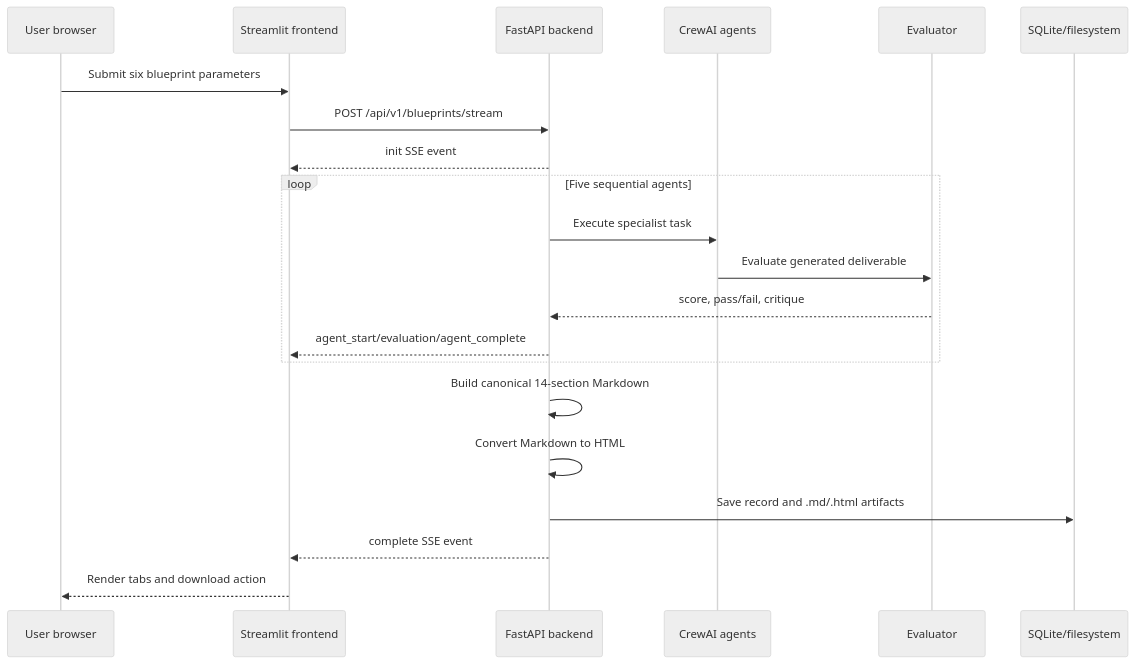
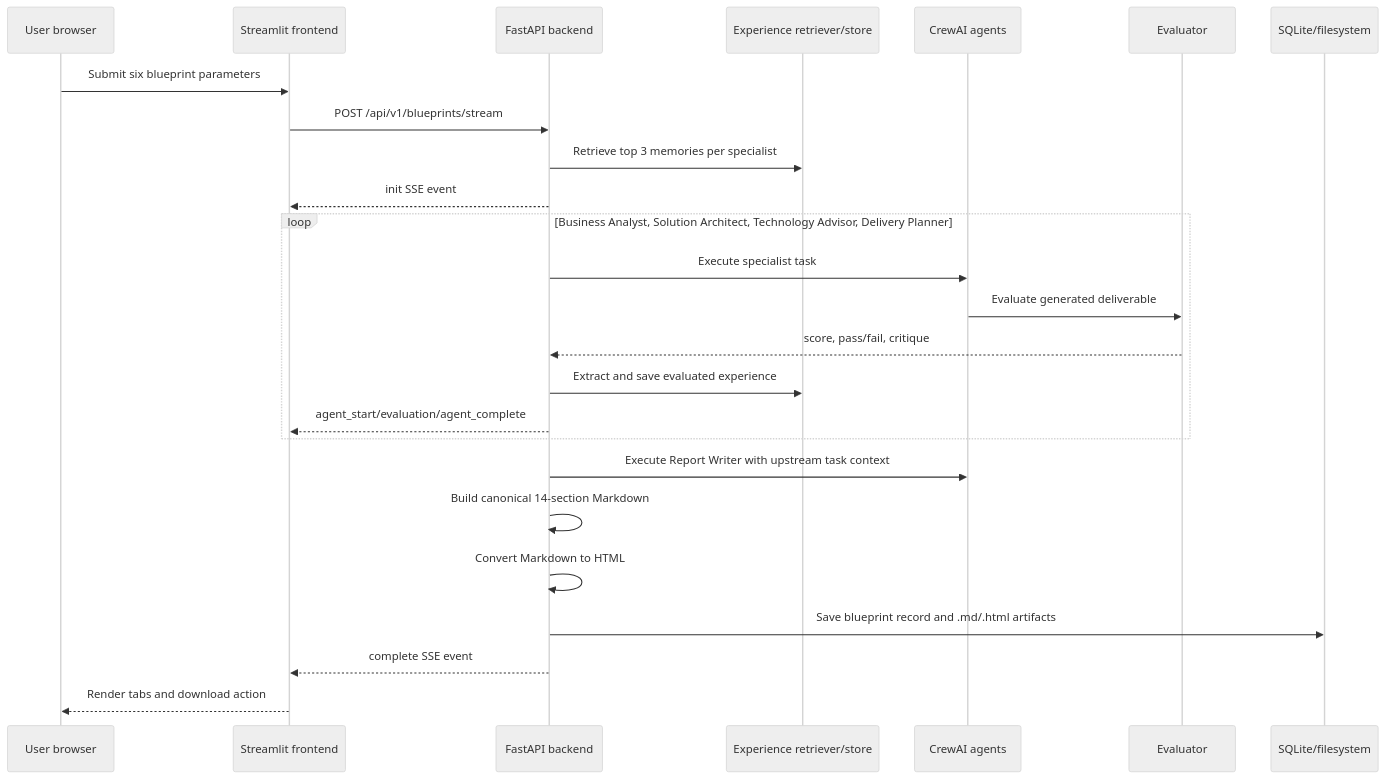
The second of 2 diagrams in README.md (Abhijit-Manna/mindmesh), drawn with Mermaid (neutral theme) before and after one commit. The commit also changed other lines of this file, not shown here.

````diff
--- a/README.md
+++ b/README.md
@@ -82,24 +95,28 @@
 ```mermaid
 sequenceDiagram
     participant Browser as User browser
     participant UI as Streamlit frontend
     participant API as FastAPI backend
+    participant Memory as Experience retriever/store
     participant Crew as CrewAI agents
     participant Eval as Evaluator
     participant Store as SQLite/filesystem
 
     Browser->>UI: Submit six blueprint parameters
     UI->>API: POST /api/v1/blueprints/stream
+    API->>Memory: Retrieve top 3 memories per specialist
     API-->>UI: init SSE event
-    loop Five sequential agents
+    loop Business Analyst, Solution Architect, Technology Advisor, Delivery Planner
         API->>Crew: Execute specialist task
         Crew->>Eval: Evaluate generated deliverable
         Eval-->>API: score, pass/fail, critique
+        API->>Memory: Extract and save evaluated experience
         API-->>UI: agent_start/evaluation/agent_complete
     end
+    API->>Crew: Execute Report Writer with upstream task context
     API->>API: Build canonical 14-section Markdown
     API->>API: Convert Markdown to HTML
-    API->>Store: Save record and .md/.html artifacts
+    API->>Store: Save blueprint record and .md/.html artifacts
     API-->>UI: complete SSE event
     UI-->>Browser: Render tabs and download action
 ```
````
